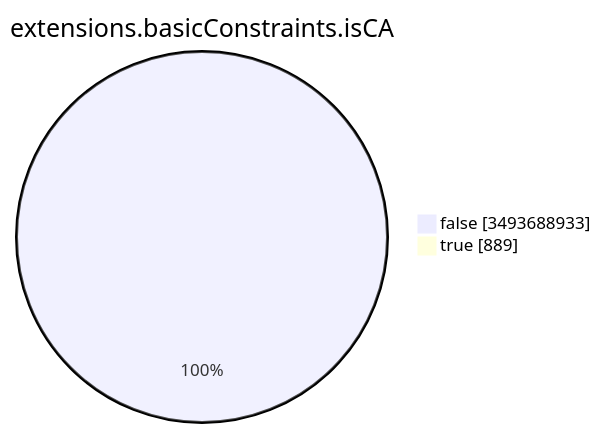
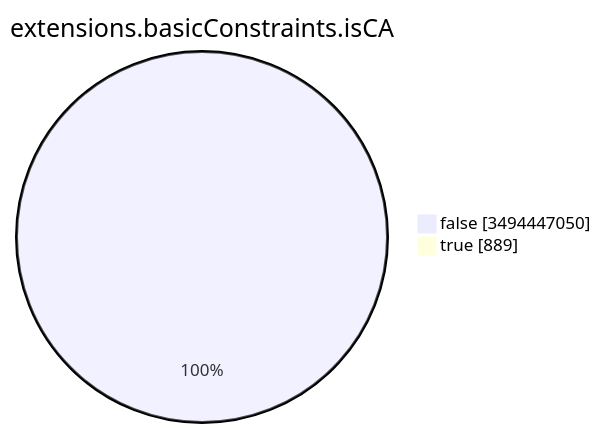
The seventh of 15 diagrams in TOTAL/README.md (christiankrug/ctmonitor_visualization), drawn with Mermaid before and after one commit. The commit also changed other lines of this file, not shown here.

````diff
--- a/TOTAL/README.md
+++ b/TOTAL/README.md
@@ -3093,6 +3093,6 @@
 ```mermaid
 pie showData
 title extensions.basicConstraints.isCA
-"false" :3493688933
+"false" :3494447050
 "true" :889
 ```
````
